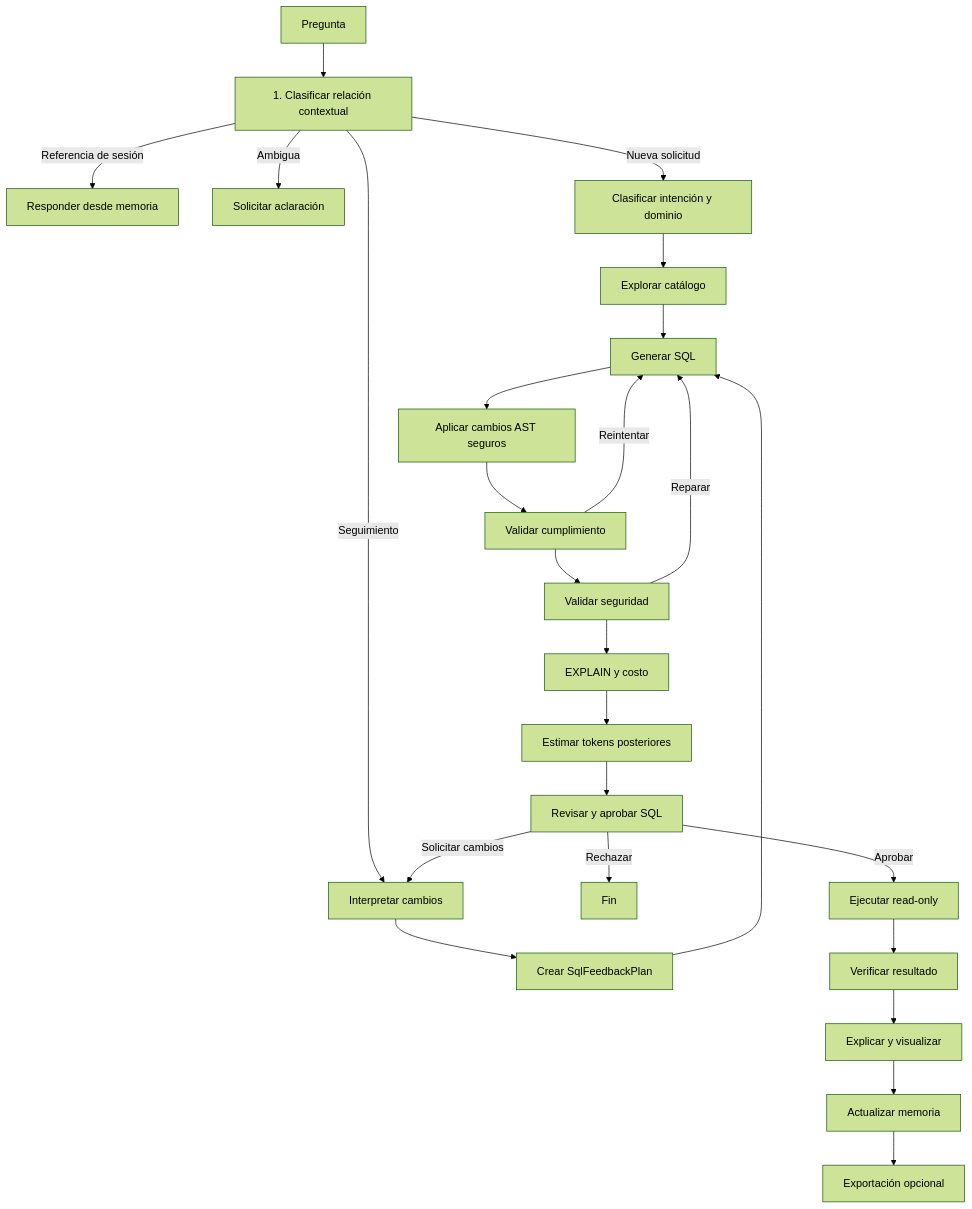
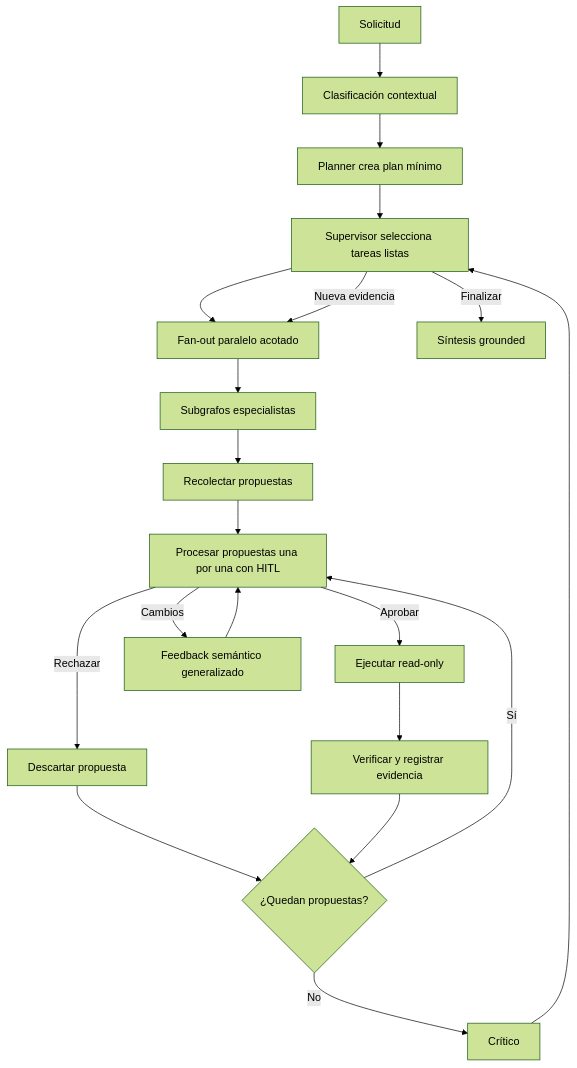
Before and after one commit to edgarrth/multiagente-sql-reporter: the second of 3 diagrams in README.md, drawn with Mermaid (forest theme). The commit also changed other lines of this file and 54 other files, not shown here.

````diff
--- a/README.md
+++ b/README.md
@@ -200,30 +132,22 @@
 ```mermaid
 flowchart TD
-    Q[Pregunta] --> CR[1. Clasificar relación contextual]
-    CR -->|Referencia de sesión| CA[Responder desde memoria]
-    CR -->|Ambigua| CL[Solicitar aclaración]
-    CR -->|Nueva solicitud| ID[Clasificar intención y dominio]
-    CR -->|Seguimiento| FI[Interpretar cambios]
-
-    ID --> SE[Explorar catálogo]
-    SE --> GEN[Generar SQL]
-    FI --> PLAN[Crear SqlFeedbackPlan]
-    PLAN --> GEN
-
-    GEN --> APPLY[Aplicar cambios AST seguros]
-    APPLY --> COMP[Validar cumplimiento]
-    COMP -->|Reintentar| GEN
-    COMP --> SEC[Validar seguridad]
-    SEC -->|Reparar| GEN
-    SEC --> COST[EXPLAIN y costo]
-    COST --> TOK[Estimar tokens posteriores]
-    TOK --> HITL[Revisar y aprobar SQL]
-
-    HITL -->|Solicitar cambios| FI
-    HITL -->|Rechazar| END[Fin]
-    HITL -->|Aprobar| RUN[Ejecutar read-only]
-    RUN --> VERIFY[Verificar resultado]
-    VERIFY --> EXP[Explicar y visualizar]
-    EXP --> MEM[Actualizar memoria]
-    MEM --> XLSX[Exportación opcional]
+    Q[Solicitud] --> C[Clasificación contextual]
+    C --> PL[Planner crea plan mínimo]
+    PL --> S[Supervisor selecciona tareas listas]
+    S --> F[Fan-out paralelo acotado]
+    F --> SP[Subgrafos especialistas]
+    SP --> COL[Recolectar propuestas]
+    COL --> H[Procesar propuestas una por una con HITL]
+    H -->|Aprobar| E[Ejecutar read-only]
+    H -->|Cambios| R[Feedback semántico generalizado]
+    H -->|Rechazar| D[Descartar propuesta]
+    R --> H
+    E --> V[Verificar y registrar evidencia]
+    D --> MORE{¿Quedan propuestas?}
+    V --> MORE
+    MORE -->|Sí| H
+    MORE -->|No| CR[Crítico]
+    CR --> S
+    S -->|Nueva evidencia| F
+    S -->|Finalizar| SYN[Síntesis grounded]
 ```
````
